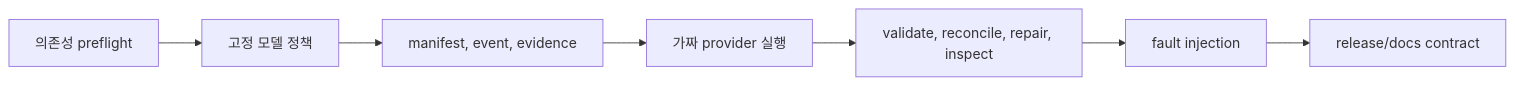
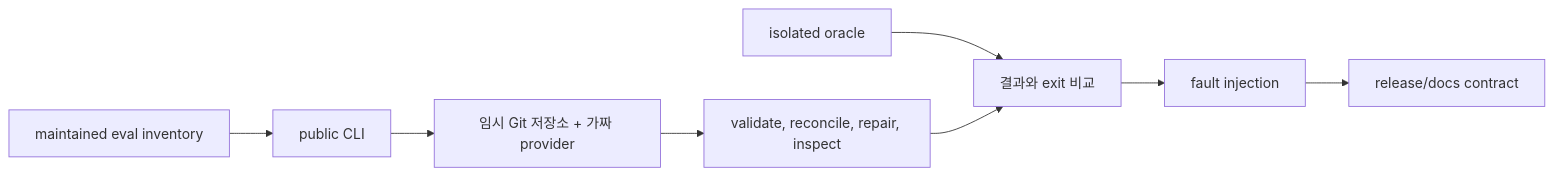
The diagram in skills/kws-codex-plan-executor/docs/human-readable-harness-flow.ko.md (beyondwin/Archive), drawn with Mermaid before and after one commit. The commit also changed other lines of this file and 21 other files, not shown here.

````diff
--- a/skills/kws-codex-plan-executor/docs/human-readable-harness-flow.ko.md
+++ b/skills/kws-codex-plan-executor/docs/human-readable-harness-flow.ko.md
@@ -6,9 +6,10 @@
 ```mermaid
 flowchart LR
-  Dependency["의존성 preflight"] --> Policy["고정 모델 정책"]
-  Policy --> Store["manifest, event, evidence"]
-  Store --> Execute["가짜 provider 실행"]
-  Execute --> Consumers["validate, reconcile, repair, inspect"]
-  Consumers --> Fault["fault injection"]
+  Inventory["maintained eval inventory"] --> CLI["public CLI"]
+  CLI --> Temp["임시 Git 저장소 + 가짜 provider"]
+  Temp --> Consumers["validate, reconcile, repair, inspect"]
+  Oracle["isolated oracle"] --> Compare["결과와 exit 비교"]
+  Consumers --> Compare
+  Compare --> Fault["fault injection"]
   Fault --> Release["release/docs contract"]
 ```
````
